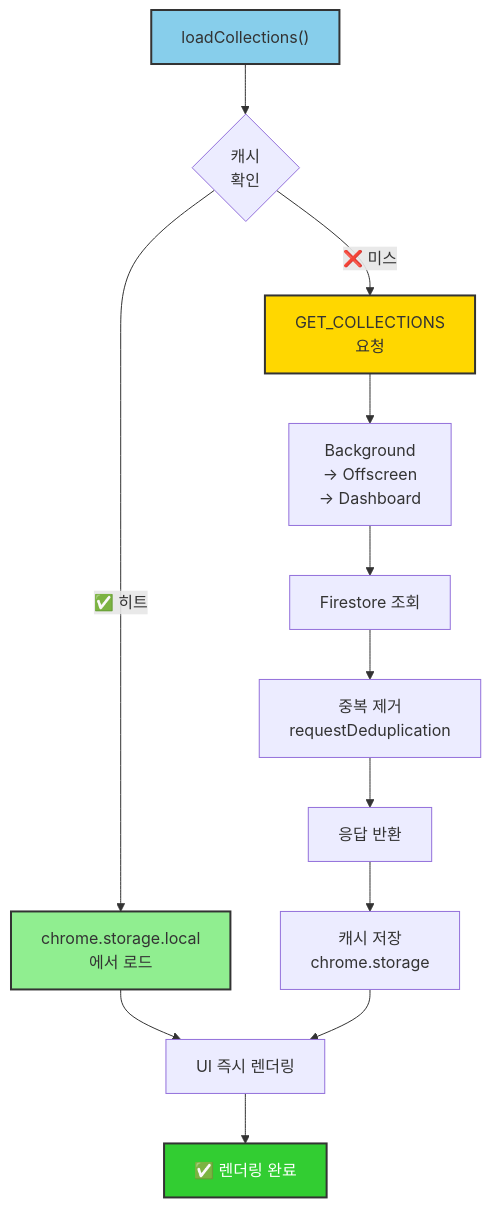
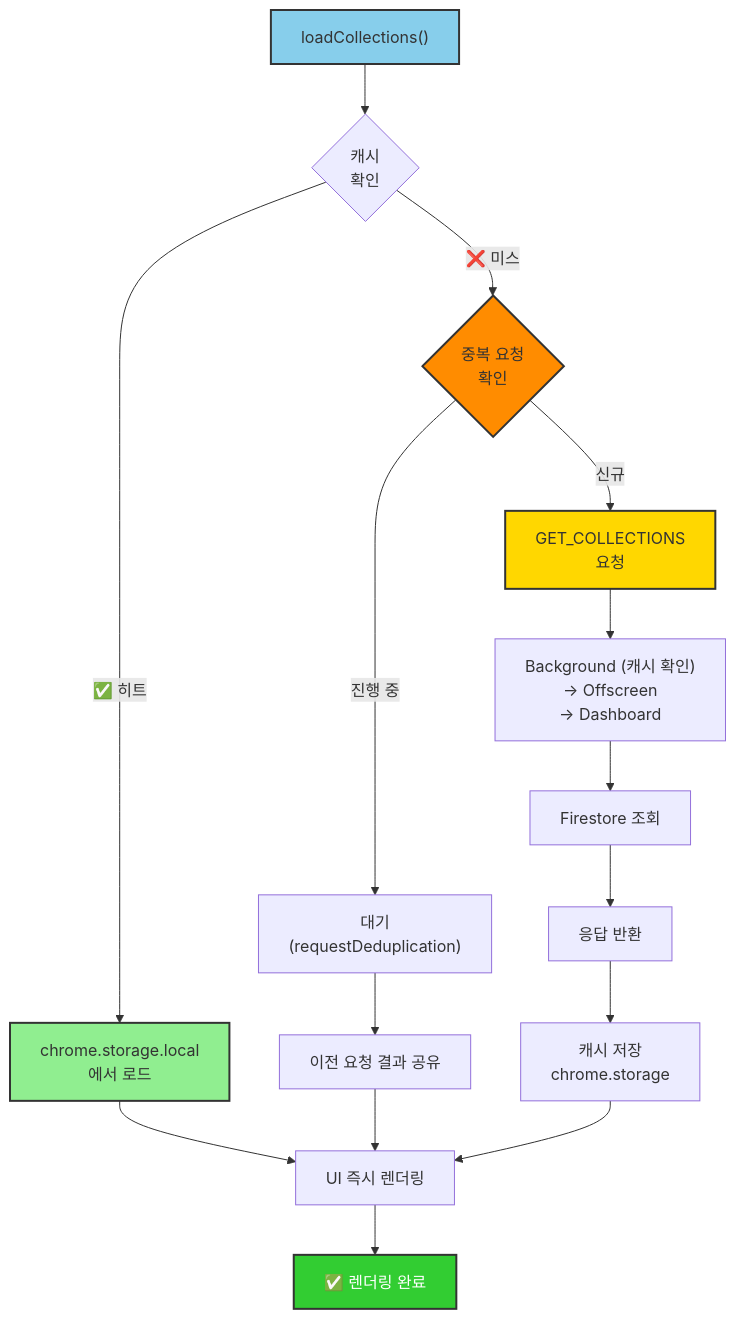
Before and after one commit to raincoat98/bookmarkle: the fourth of 6 diagrams in README.md, drawn with Mermaid. The commit also changed other lines of this file, not shown here.

````diff
--- a/README.md
+++ b/README.md
@@ -408,22 +421,27 @@
 ```mermaid
 graph TD
     A["loadCollections()"] --> B{"캐시<br/>확인"}
 
     B -->|✅ 히트| C["chrome.storage.local<br/>에서 로드"]
     C --> D["UI 즉시 렌더링"]
 
-    B -->|❌ 미스| E["GET_COLLECTIONS<br/>요청"]
-    E --> F["Background<br/>→ Offscreen<br/>→ Dashboard"]
-    F --> G["Firestore 조회"]
-    G --> H["중복 제거<br/>requestDeduplication"]
-    H --> I["응답 반환"]
-    I --> J["캐시 저장<br/>chrome.storage"]
-    J --> D
+    B -->|❌ 미스| E{"중복 요청<br/>확인"}
+    E -->|진행 중| F["대기<br/>(requestDeduplication)"]
+    F --> G["이전 요청 결과 공유"]
+    G --> D
 
-    D --> K["✅ 렌더링 완료"]
+    E -->|신규| H["GET_COLLECTIONS<br/>요청"]
+    H --> I["Background (캐시 확인)<br/>→ Offscreen<br/>→ Dashboard"]
+    I --> J["Firestore 조회"]
+    J --> K["응답 반환"]
+    K --> L["캐시 저장<br/>chrome.storage"]
+    L --> D
+
+    D --> M["✅ 렌더링 완료"]
 
     style A fill:#87ceeb,stroke:#333,stroke-width:2px
     style C fill:#90ee90,stroke:#333,stroke-width:2px
-    style E fill:#ffd700,stroke:#333,stroke-width:2px
-    style K fill:#32cd32,stroke:#333,stroke-width:2px,color:#fff
+    style E fill:#ff8c00,stroke:#333,stroke-width:2px
+    style H fill:#ffd700,stroke:#333,stroke-width:2px
+    style M fill:#32cd32,stroke:#333,stroke-width:2px,color:#fff
 ```
````
